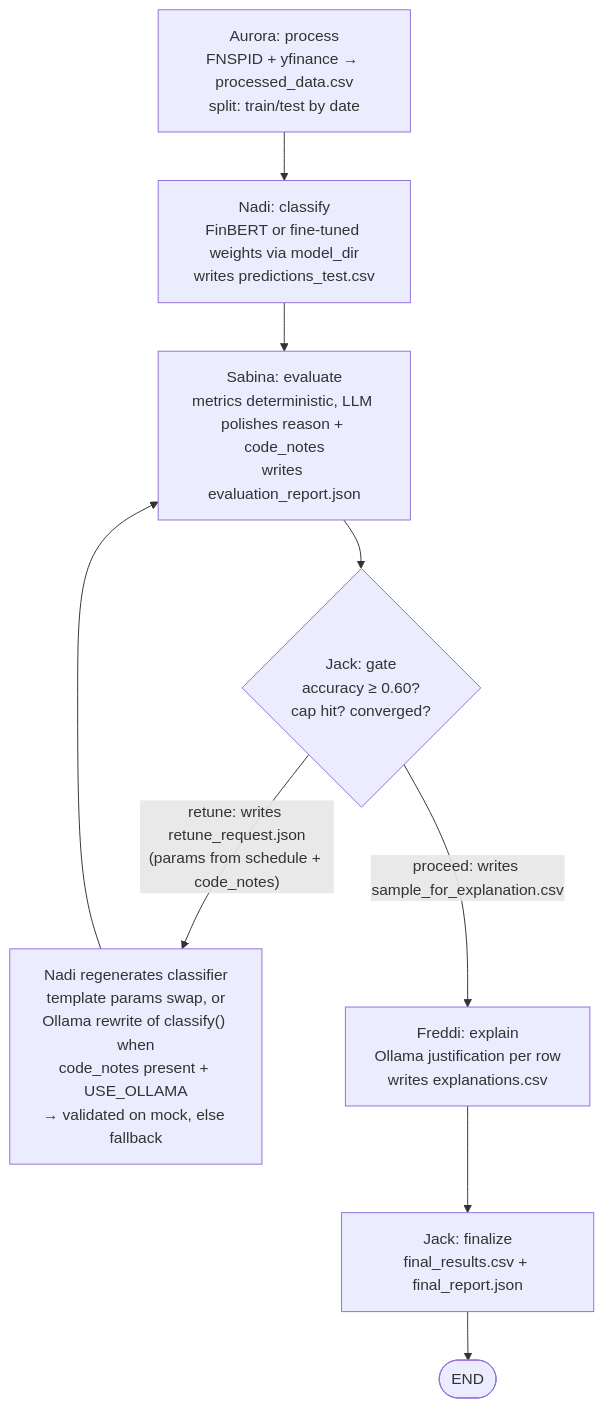
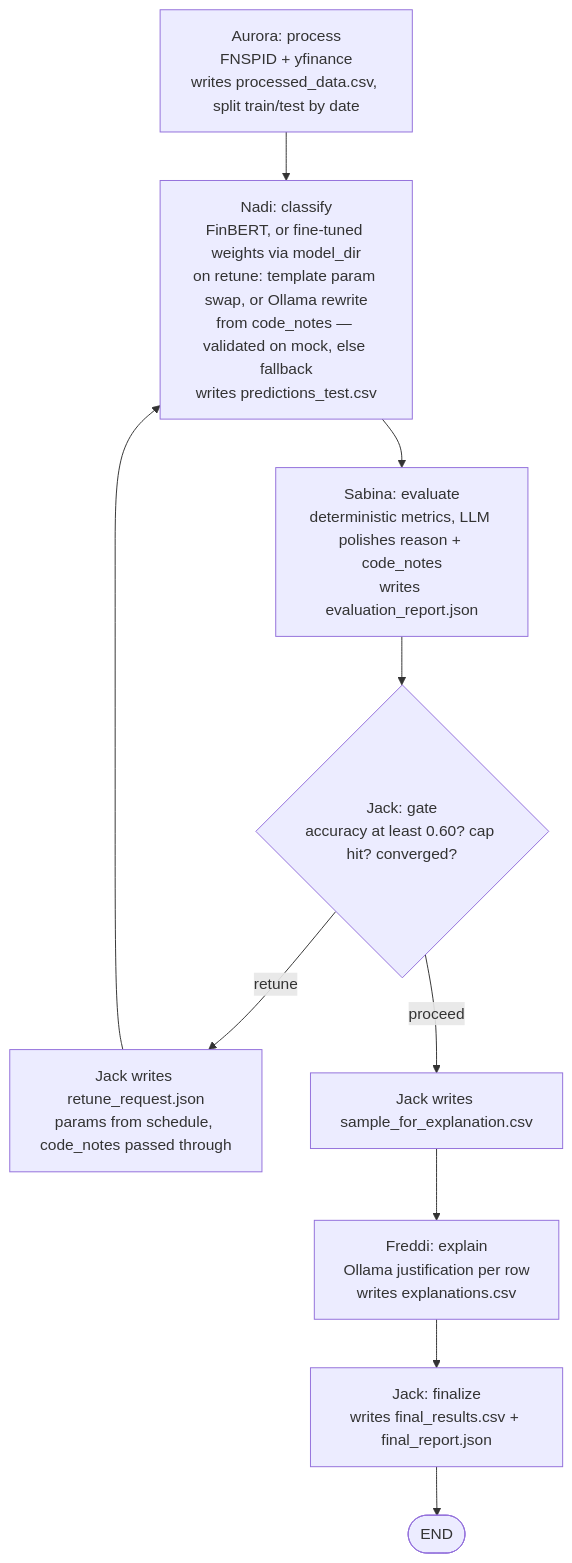
Before and after one commit to njaltran/NLP_lab: the diagram in docs/retune_loop.md, drawn with Mermaid.

Commit message:
docs: fix flowchart rendering — plain edge labels, details in nodes
<br/> inside quoted edge labels broke rendering (labels became orphan
nodes). Edge labels are now single words; the retune cycle points back
at the classify node, matching the actual gate → classify graph edge.

````diff
--- a/docs/retune_loop.md
+++ b/docs/retune_loop.md
@@ -26,15 +26,16 @@
 ```mermaid
 flowchart TD
-    A["Aurora: process<br/>FNSPID + yfinance → processed_data.csv<br/>split: train/test by date"] --> N
+    A["Aurora: process<br/>FNSPID + yfinance<br/>writes processed_data.csv, split train/test by date"] --> N
 
-    N["Nadi: classify<br/>FinBERT or fine-tuned weights via model_dir<br/>writes predictions_test.csv"] --> S
-    S["Sabina: evaluate<br/>metrics deterministic, LLM polishes reason + code_notes<br/>writes evaluation_report.json"] --> G
+    N["Nadi: classify<br/>FinBERT, or fine-tuned weights via model_dir<br/>on retune: template param swap, or Ollama rewrite<br/>from code_notes — validated on mock, else fallback<br/>writes predictions_test.csv"] --> S
+    S["Sabina: evaluate<br/>deterministic metrics, LLM polishes reason + code_notes<br/>writes evaluation_report.json"] --> G
 
-    G{"Jack: gate<br/>accuracy ≥ 0.60?<br/>cap hit? converged?"}
-    G -- "retune: writes retune_request.json<br/>(params from schedule + code_notes)" --> R
-    R["Nadi regenerates classifier<br/>template params swap, or<br/>Ollama rewrite of classify() when<br/>code_notes present + USE_OLLAMA<br/>→ validated on mock, else fallback"] --> S
+    G{"Jack: gate<br/>accuracy at least 0.60? cap hit? converged?"}
+    G -->|retune| R
+    R["Jack writes retune_request.json<br/>params from schedule, code_notes passed through"] --> N
 
-    G -- "proceed: writes sample_for_explanation.csv" --> F
+    G -->|proceed| P
+    P["Jack writes sample_for_explanation.csv"] --> F
     F["Freddi: explain<br/>Ollama justification per row<br/>writes explanations.csv"] --> Z
-    Z["Jack: finalize<br/>final_results.csv + final_report.json"] --> E([END])
+    Z["Jack: finalize<br/>writes final_results.csv + final_report.json"] --> E([END])
 ```
````
